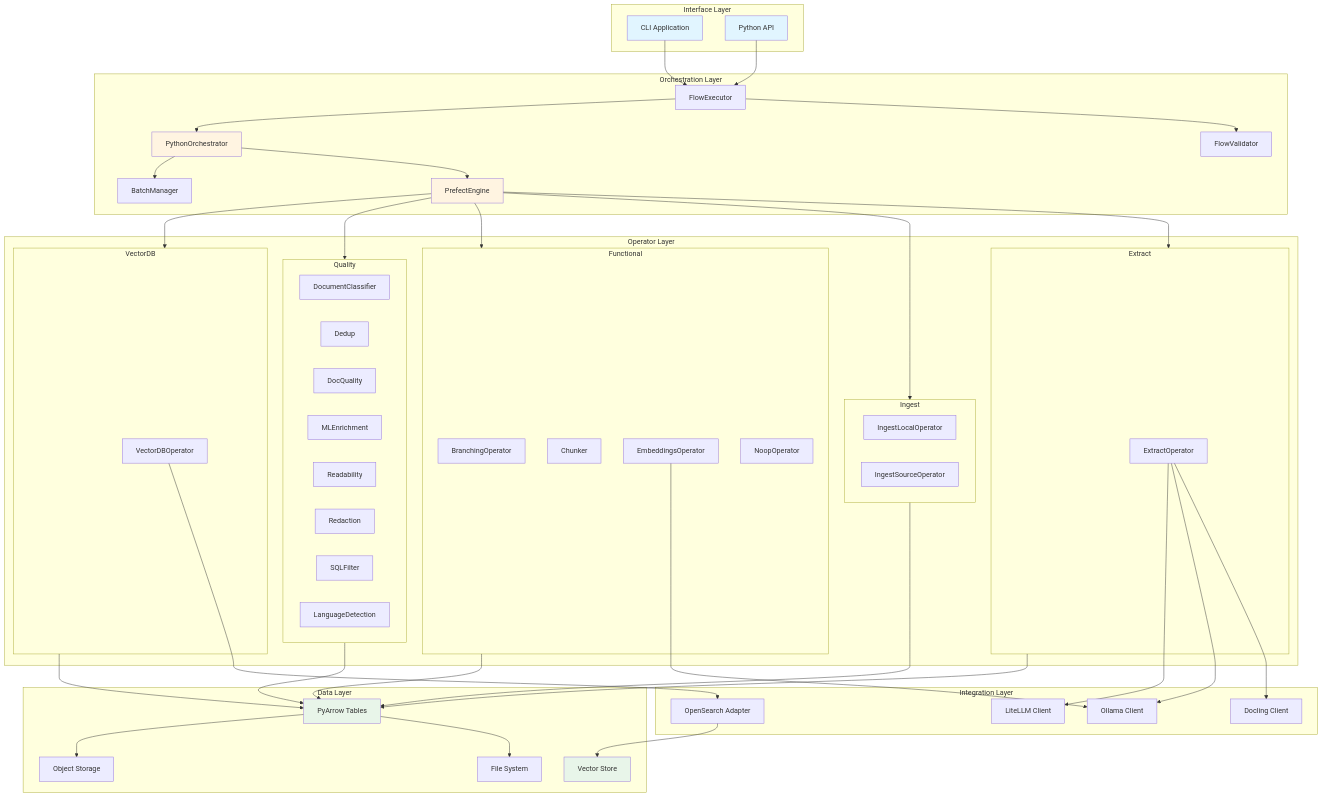
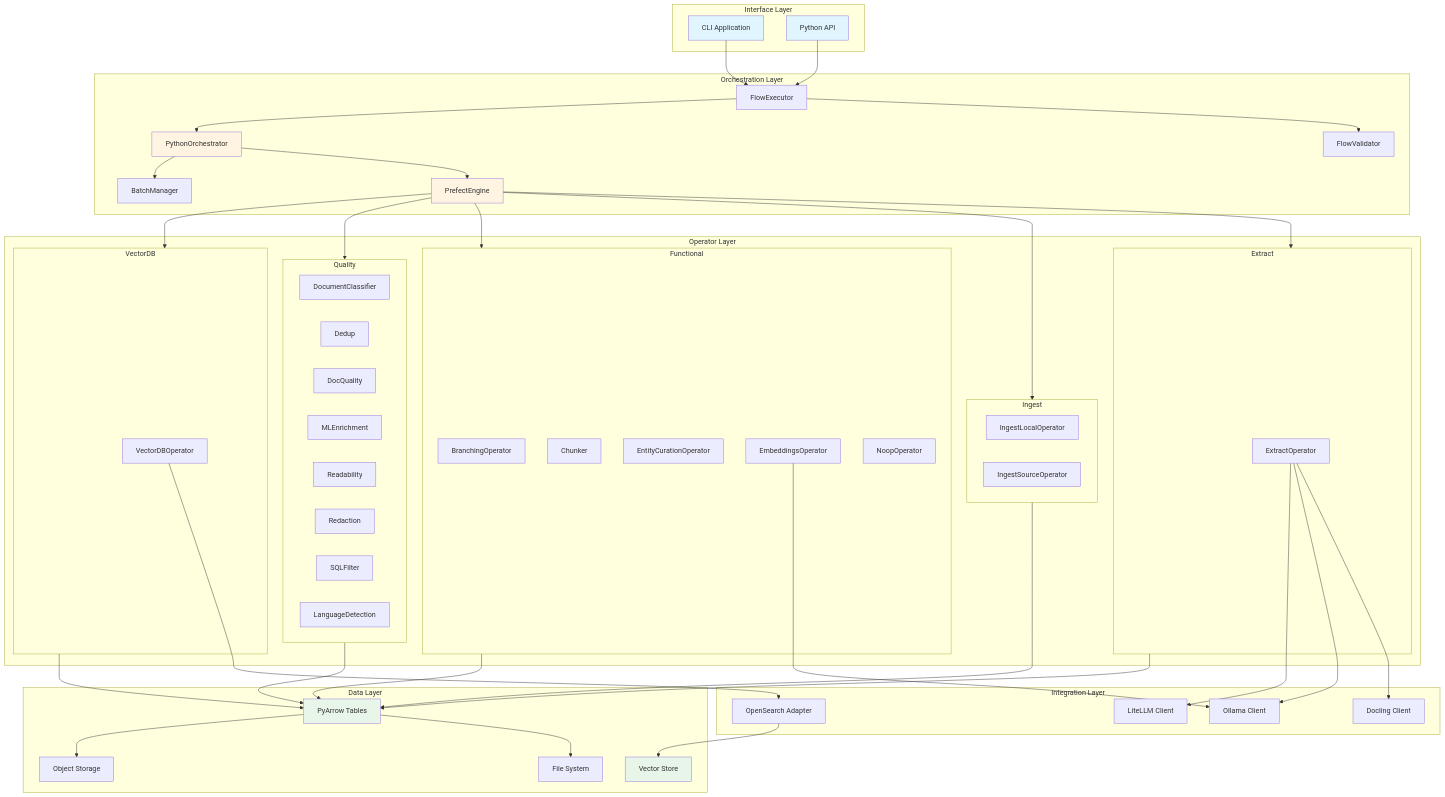
Before and after one commit to anupvarma007-ui/datasift-opensource: the first of 27 diagrams in ARCHITECTURE.md, drawn with Mermaid. The commit also changed other lines of this file and 21 other files, not shown here.

First line of the commit message:
adding entity curation operator (#255)

```diff
--- a/ARCHITECTURE.md
+++ b/ARCHITECTURE.md
@@ -94,6 +94,7 @@
         subgraph "Functional"
             BR[BranchingOperator]
             CH[Chunker]
+            EC[EntityCurationOperator]
             EMB[EmbeddingsOperator]
             NOOP[NoopOperator]
         end
```
